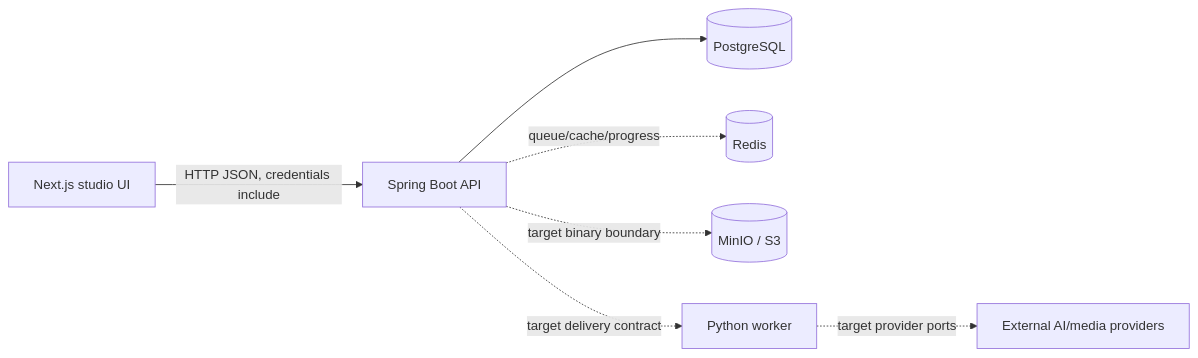
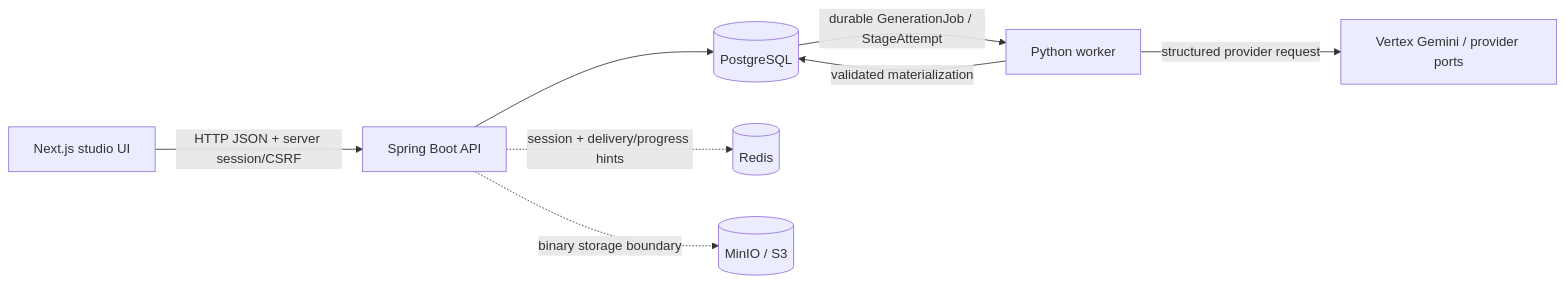
The diagram in documentation/codebase/CODEBASE_MAP.md (huongni2201/NarrativeX), drawn with Mermaid before and after one commit. The commit also changed other lines of this file, not shown here.

````diff
--- a/documentation/codebase/CODEBASE_MAP.md
+++ b/documentation/codebase/CODEBASE_MAP.md
@@ -23,9 +22,10 @@
 ```mermaid
 flowchart LR
-  FE[Next.js studio UI] -->|HTTP JSON, credentials include| BE[Spring Boot API]
+  FE[Next.js studio UI] -->|HTTP JSON + server session/CSRF| BE[Spring Boot API]
   BE --> PG[(PostgreSQL)]
-  BE -. queue/cache/progress .-> R[(Redis)]
-  BE -. target binary boundary .-> S[(MinIO / S3)]
-  BE -. target delivery contract .-> W[Python worker]
-  W -. target provider ports .-> P[External AI/media providers]
+  BE -. session + delivery/progress hints .-> R[(Redis)]
+  BE -. binary storage boundary .-> S[(MinIO / S3)]
+  PG -->|durable GenerationJob / StageAttempt| W[Python worker]
+  W -->|structured provider request| P[Vertex Gemini / provider ports]
+  W -->|validated materialization| PG
 ```
````
